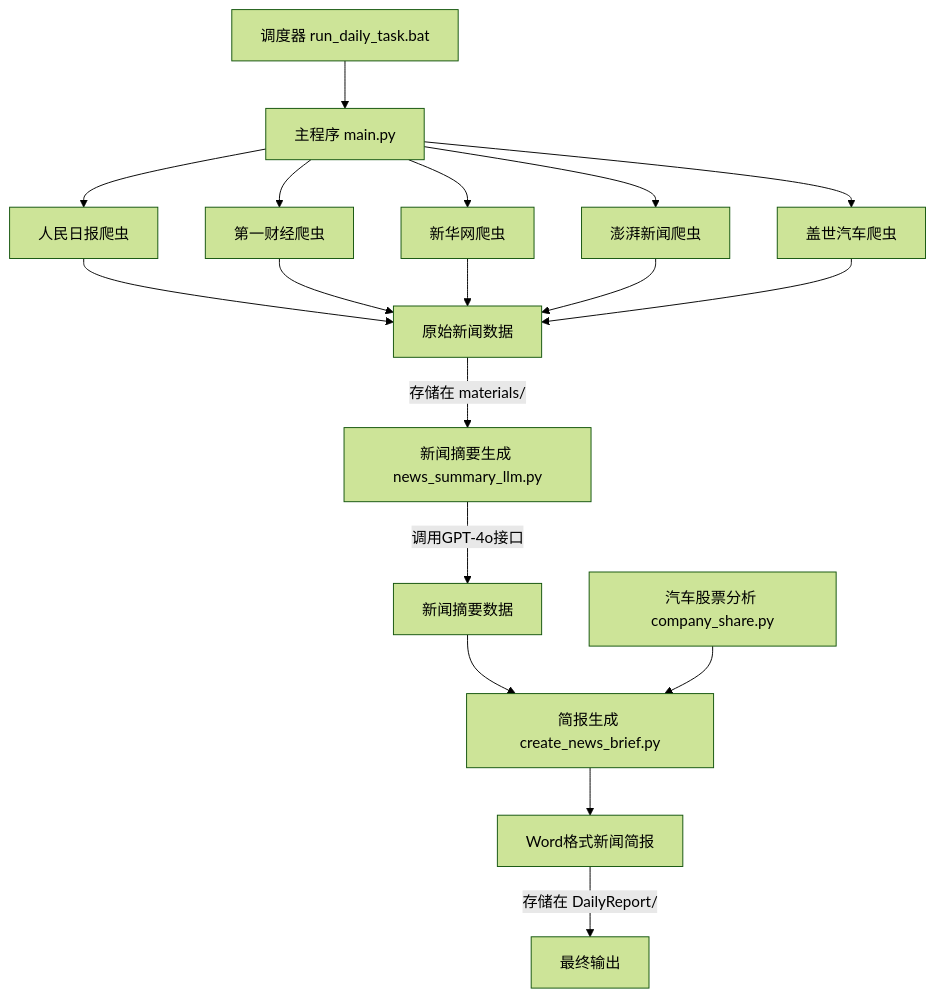
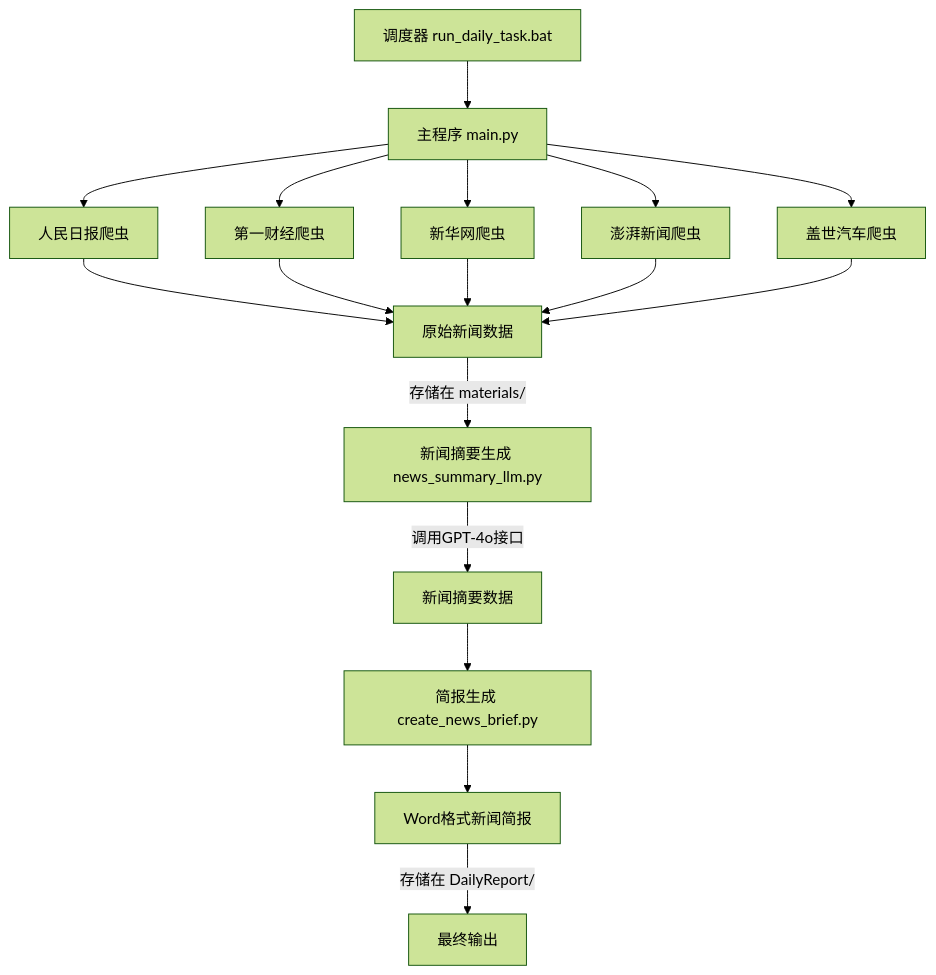
One commit to Wenjli974/DailyKnows changed the diagram in README.md. Above: the diagram before and after it, drawn with Mermaid (forest theme). The commit also changed other lines of this file, not shown here.

````diff
--- a/README.md
+++ b/README.md
@@ -76,20 +76,19 @@
 ```mermaid
 graph TD
     A[调度器 run_daily_task.bat] --> B[主程序 main.py]
     B --> C1[人民日报爬虫]
     B --> C2[第一财经爬虫]
     B --> C3[新华网爬虫]
     B --> C4[澎湃新闻爬虫]
     B --> C5[盖世汽车爬虫]
     C1 --> D[原始新闻数据]
     C2 --> D
     C3 --> D
     C4 --> D
     C5 --> D
     D -->|存储在 materials/| E[新闻摘要生成 news_summary_llm.py]
     E -->|调用GPT-4o接口| F[新闻摘要数据]
     F --> G[简报生成 create_news_brief.py]
-    H[汽车股票分析 company_share.py] --> G
     G --> I[Word格式新闻简报]
     I -->|存储在 DailyReport/| J[最终输出]
 ```
````
